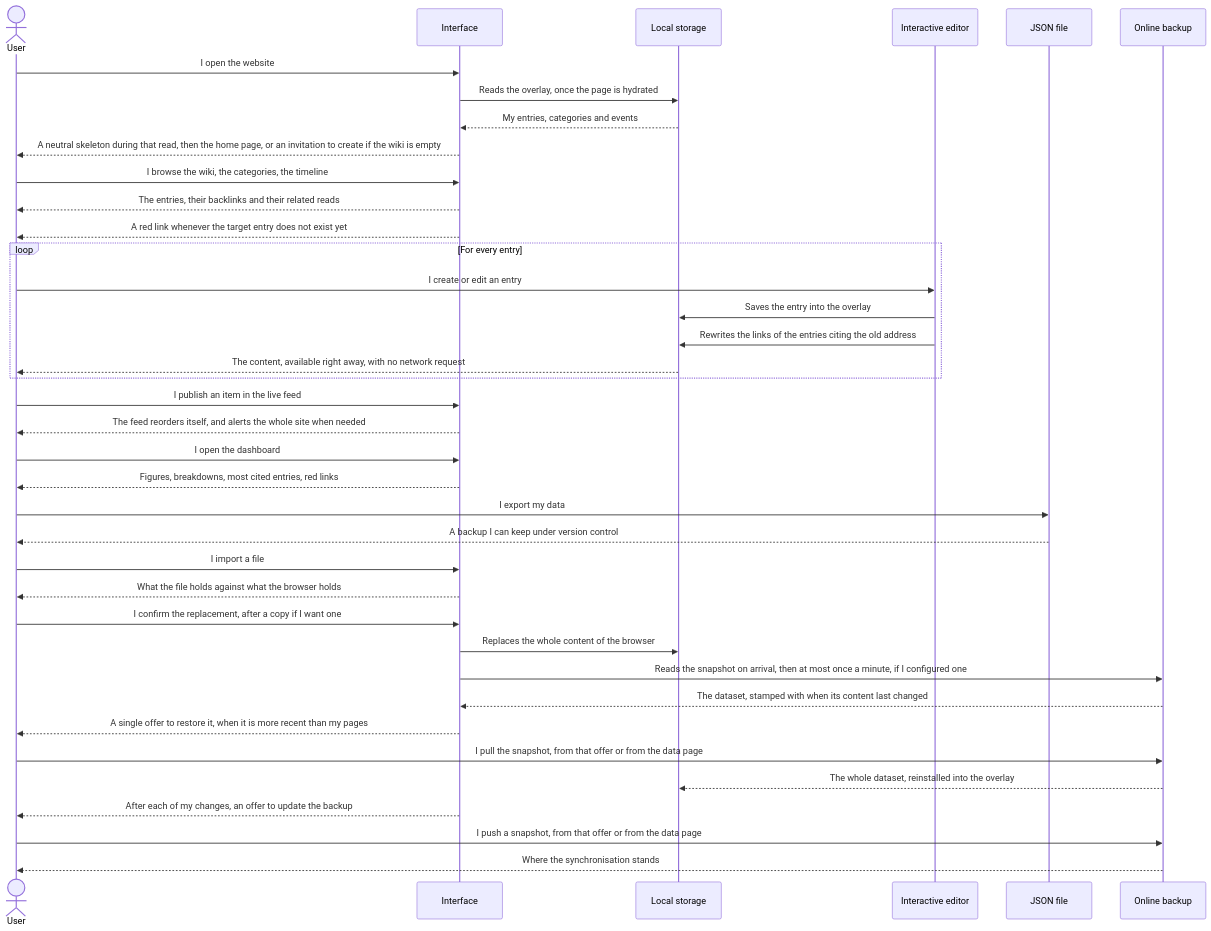
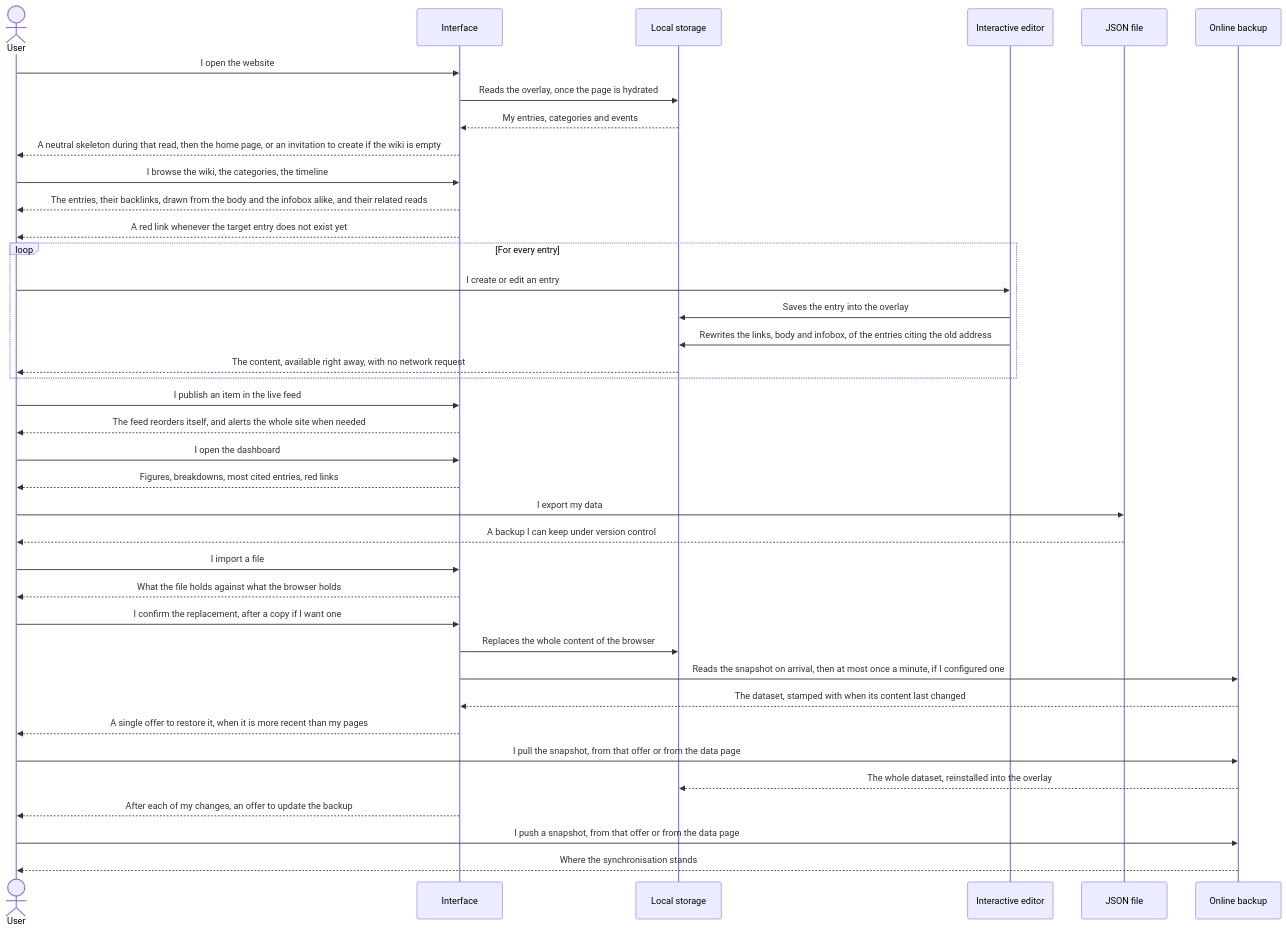
Before and after one commit to FlorianLeChat/Pericles-Initiative: the second of 2 diagrams in README.md, drawn with Mermaid. The commit also changed other lines of this file and 88 other files, not shown here.

````diff
--- a/README.md
+++ b/README.md
@@ -116,47 +116,47 @@
 ```mermaid
 sequenceDiagram
     actor User
     participant Interface
     participant Local storage
     participant Interactive editor
     participant JSON file
     participant Online backup
 
     User->>Interface: I open the website
     Interface->>Local storage: Reads the overlay, once the page is hydrated
     Local storage-->>Interface: My entries, categories and events
     Interface-->>User: A neutral skeleton during that read, then the home page, or an invitation to create if the wiki is empty
 
     User->>Interface: I browse the wiki, the categories, the timeline
-    Interface-->>User: The entries, their backlinks and their related reads
+    Interface-->>User: The entries, their backlinks, drawn from the body and the infobox alike, and their related reads
     Interface-->>User: A red link whenever the target entry does not exist yet
 
     loop For every entry
         User->>Interactive editor: I create or edit an entry
         Interactive editor->>Local storage: Saves the entry into the overlay
-        Interactive editor->>Local storage: Rewrites the links of the entries citing the old address
+        Interactive editor->>Local storage: Rewrites the links, body and infobox, of the entries citing the old address
         Local storage-->>User: The content, available right away, with no network request
     end
 
     User->>Interface: I publish an item in the live feed
     Interface-->>User: The feed reorders itself, and alerts the whole site when needed
 
     User->>Interface: I open the dashboard
     Interface-->>User: Figures, breakdowns, most cited entries, red links
 
     User->>JSON file: I export my data
     JSON file-->>User: A backup I can keep under version control
     User->>Interface: I import a file
     Interface-->>User: What the file holds against what the browser holds
     User->>Interface: I confirm the replacement, after a copy if I want one
     Interface->>Local storage: Replaces the whole content of the browser
 
     Interface->>Online backup: Reads the snapshot on arrival, then at most once a minute, if I configured one
     Online backup-->>Interface: The dataset, stamped with when its content last changed
     Interface-->>User: A single offer to restore it, when it is more recent than my pages
     User->>Online backup: I pull the snapshot, from that offer or from the data page
     Online backup-->>Local storage: The whole dataset, reinstalled into the overlay
     Interface-->>User: After each of my changes, an offer to update the backup
     User->>Online backup: I push a snapshot, from that offer or from the data page
     Online backup-->>User: Where the synchronisation stands
 ```
````
